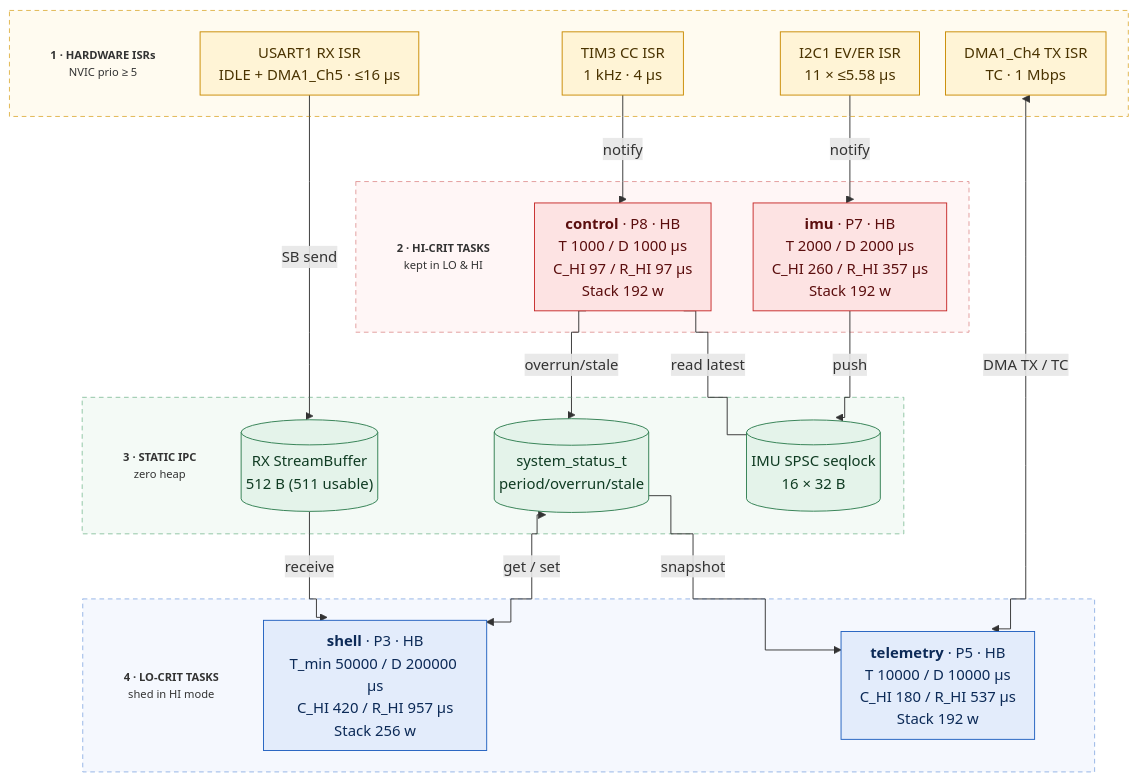
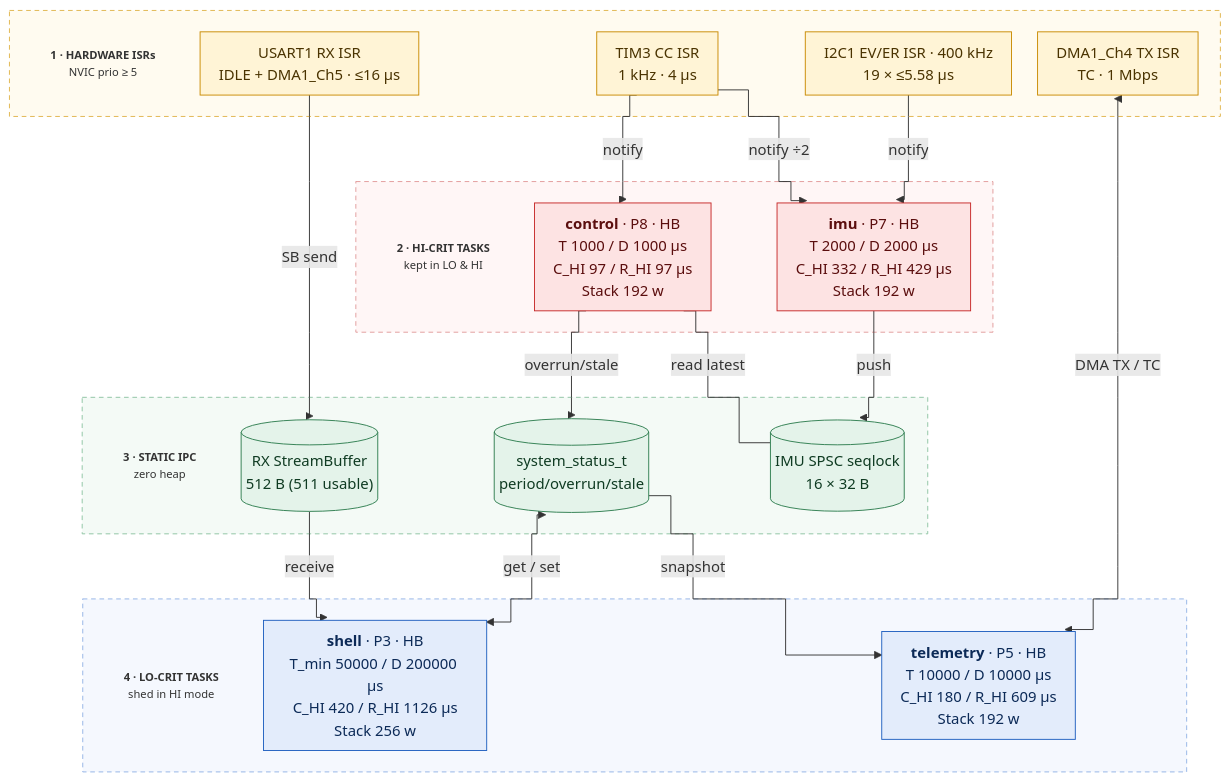
One commit to NguyenTrongNhan2006/intern-261-rtos-course-hard changed the first of 3 diagrams in week4/ex1/REPORT.md. Above: the diagram before and after it, drawn with Mermaid. The commit also changed other lines of this file and 4 other files, not shown here.

First line of the commit message:
W4.1: fix imu I2C timing, ISR background and report errors

````diff
--- a/week4/ex1/REPORT.md
+++ b/week4/ex1/REPORT.md
@@ -27,46 +27,47 @@
 ```mermaid
 %%{init: {"flowchart": {"curve": "step", "nodeSpacing": 28, "rankSpacing": 46, "padding": 10}}}%%
 flowchart TB
     subgraph L1[" "]
         T1["<b>1 · HARDWARE ISRs</b><br/>NVIC prio ≥ 5"]:::lane
         URX["USART1 RX ISR<br/>IDLE + DMA1_Ch5 · ≤16 µs"]:::hw
         TIM3["TIM3 CC ISR<br/>1 kHz · 4 µs"]:::hw
-        I2C["I2C1 EV/ER ISR<br/>11 × ≤5.58 µs"]:::hw
+        I2C["I2C1 EV/ER ISR · 400 kHz<br/>19 × ≤5.58 µs"]:::hw
         UTX["DMA1_Ch4 TX ISR<br/>TC · 1 Mbps"]:::hw
     end
     subgraph L2[" "]
         T2["<b>2 · HI-CRIT TASKS</b><br/>kept in LO & HI"]:::lane
         CTRL["<b>control</b> · P8 · HB<br/>T 1000 / D 1000 µs<br/>C_HI 97 / R_HI 97 µs<br/>Stack 192 w"]:::hi
-        IMU["<b>imu</b> · P7 · HB<br/>T 2000 / D 2000 µs<br/>C_HI 260 / R_HI 357 µs<br/>Stack 192 w"]:::hi
+        IMU["<b>imu</b> · P7 · HB<br/>T 2000 / D 2000 µs<br/>C_HI 332 / R_HI 429 µs<br/>Stack 192 w"]:::hi
     end
     subgraph L3[" "]
         T3["<b>3 · STATIC IPC</b><br/>zero heap"]:::lane
         SBUF[("RX StreamBuffer<br/>512 B (511 usable)")]:::ipc
         STAT[("system_status_t<br/>period/overrun/stale")]:::ipc
         SPSC[("IMU SPSC seqlock<br/>16 × 32 B")]:::ipc
     end
     subgraph L4[" "]
         T4["<b>4 · LO-CRIT TASKS</b><br/>shed in HI mode"]:::lane
-        SHELL["<b>shell</b> · P3 · HB<br/>T_min 50000 / D 200000 µs<br/>C_HI 420 / R_HI 957 µs<br/>Stack 256 w"]:::lo
-        TEL["<b>telemetry</b> · P5 · HB<br/>T 10000 / D 10000 µs<br/>C_HI 180 / R_HI 537 µs<br/>Stack 192 w"]:::lo
+        SHELL["<b>shell</b> · P3 · HB<br/>T_min 50000 / D 200000 µs<br/>C_HI 420 / R_HI 1126 µs<br/>Stack 256 w"]:::lo
+        TEL["<b>telemetry</b> · P5 · HB<br/>T 10000 / D 10000 µs<br/>C_HI 180 / R_HI 609 µs<br/>Stack 192 w"]:::lo
     end
     URX -->|SB send| SBUF
     TIM3 -->|notify| CTRL
+    TIM3 -->|"notify ÷2"| IMU
     I2C -->|notify| IMU
     CTRL -->|overrun/stale| STAT
     CTRL ---|read latest| SPSC
     IMU -->|push| SPSC
     UTX <-->|"DMA TX / TC"| TEL
     SBUF -->|receive| SHELL
     STAT <-->|"get / set"| SHELL
     STAT -->|snapshot| TEL
     classDef lane fill:none,stroke:none,font-size:12px
     classDef hw fill:#FFF4D6,stroke:#C98A00,color:#4A3300
     classDef hi fill:#FDE3E3,stroke:#C62828,color:#5B0E0E
     classDef ipc fill:#E4F3EA,stroke:#2E7D4F,color:#0F3B22
     classDef lo fill:#E3ECFB,stroke:#1F5FBF,color:#0C2A57
     style L1 fill:#FFFBF0,stroke:#E0B44C,stroke-dasharray:5 4
     style L2 fill:#FFF6F6,stroke:#E19A9A,stroke-dasharray:5 4
     style L3 fill:#F4FAF6,stroke:#8CC3A2,stroke-dasharray:5 4
     style L4 fill:#F5F8FE,stroke:#93B3E6,stroke-dasharray:5 4
 ```
````
